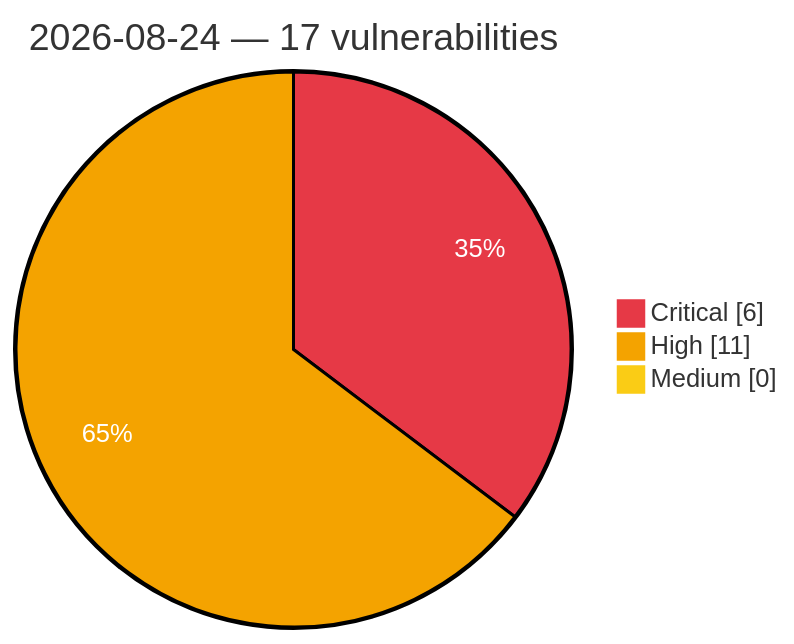
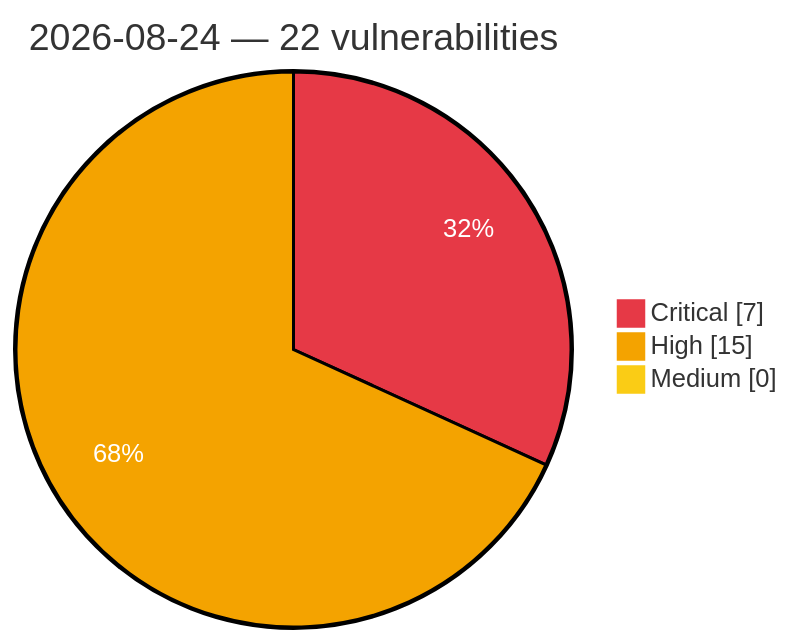
Before and after one commit to GhostX0X/vuln-tracker: the diagram in vulnerabilities/2026/August/2026-08-24.md, drawn with Mermaid. The commit also changed other lines of this file and 5 other files, not shown here.

Commit message:
Auto update: critical/high vulns (2026-08-24 10:22 UTC)

````diff
--- a/vulnerabilities/2026/August/2026-08-24.md
+++ b/vulnerabilities/2026/August/2026-08-24.md
@@ -3,8 +3,8 @@
 ```mermaid
 %%{init: {'theme':'base', 'themeVariables': {'pie1':'#e63946', 'pie2':'#f4a300', 'pie3':'#facc15', 'pieOpacity':'1', 'pieOuterStrokeWidth':'2px', 'pieSectionTextColor':'#ffffff'}}}%%
 pie showData
-    title 2026-08-24 — 17 vulnerabilities
-    "Critical" : 6
-    "High" : 11
+    title 2026-08-24 — 22 vulnerabilities
+    "Critical" : 7
+    "High" : 15
     "Medium" : 0
 ```
````
